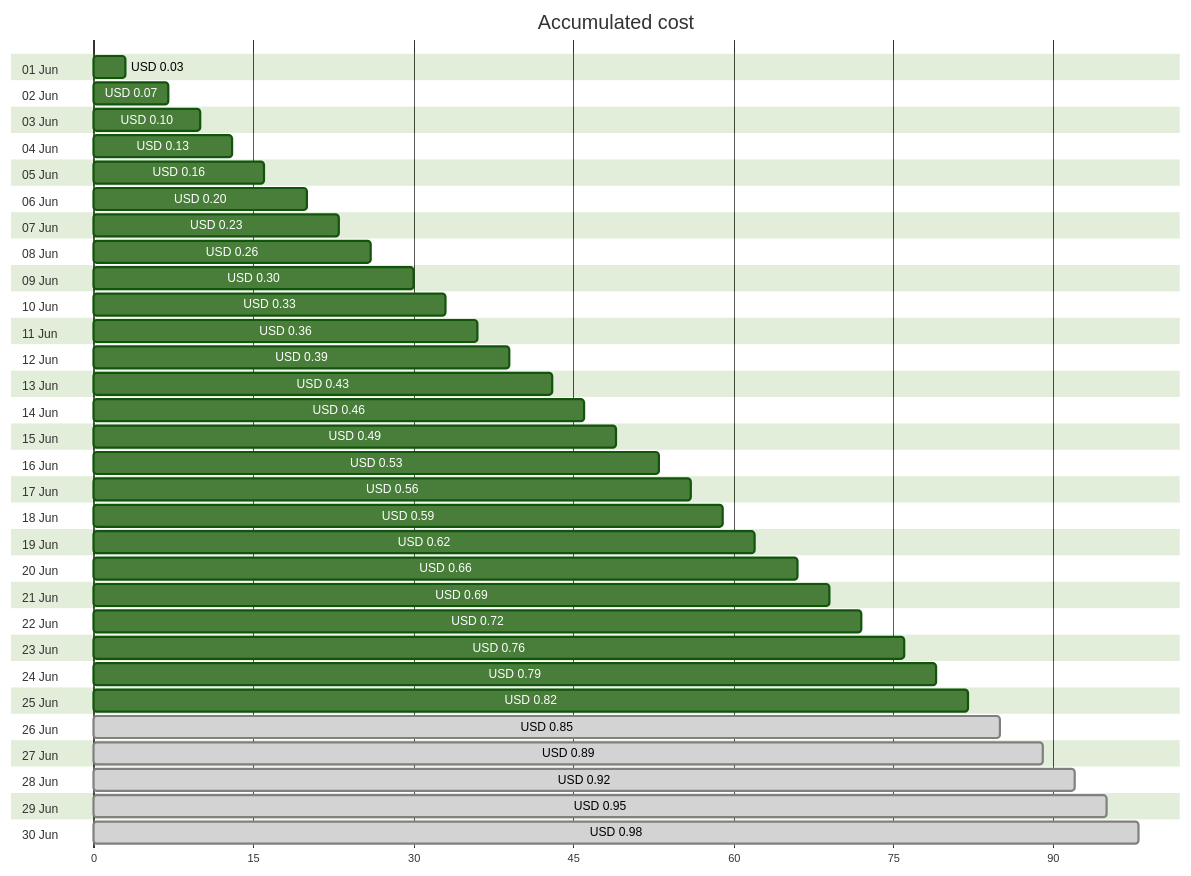
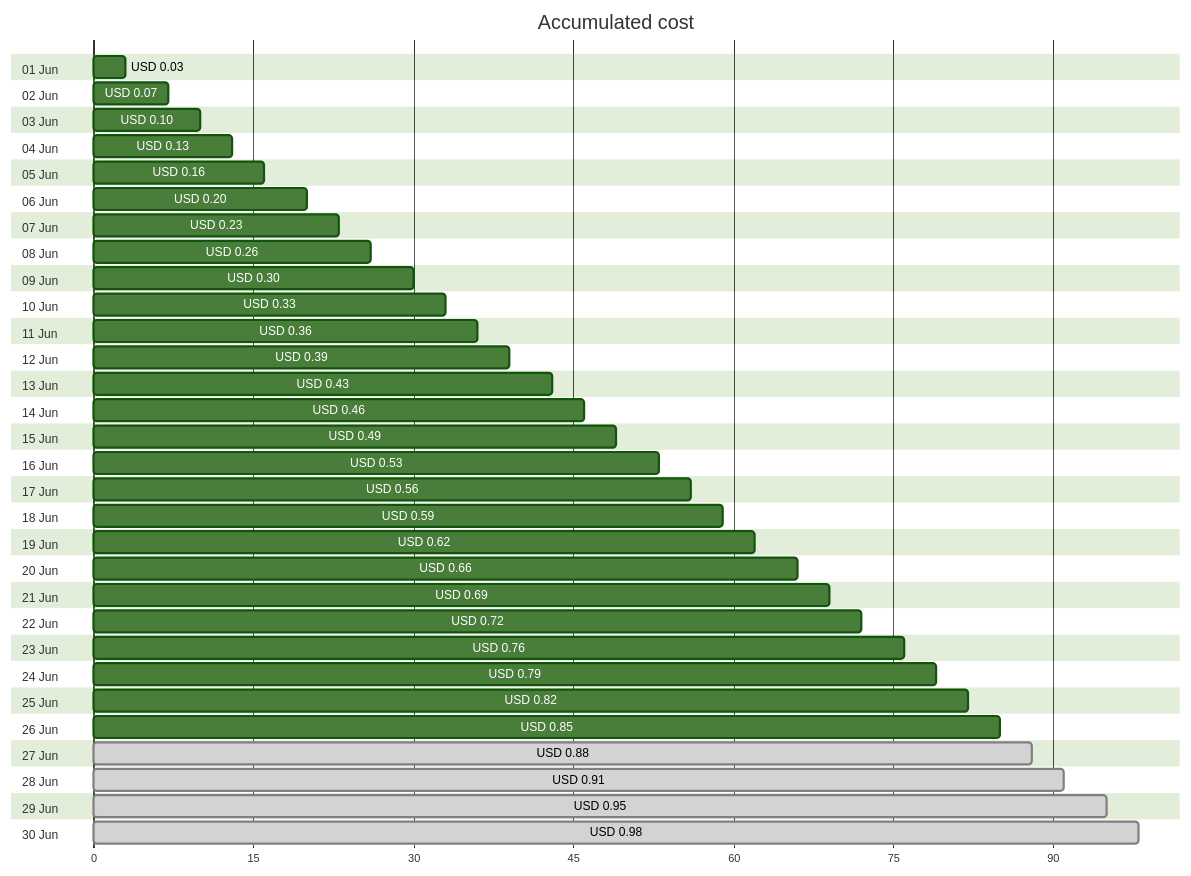
The first of 4 diagrams in cost-reports/personal-dns/README.md (jpfulton/azure-personal-reports), drawn with Mermaid (forest theme) before and after one commit. The commit also changed other lines of this file and 2 other files, not shown here.

````diff
--- a/cost-reports/personal-dns/README.md
+++ b/cost-reports/personal-dns/README.md
@@ -20,66 +20,66 @@
 ```mermaid
 gantt
    title Accumulated cost
    dateFormat  X
    axisFormat %s
    section 01 Jun
    USD 0.03 :0, 3
    section 02 Jun
    USD 0.07 :0, 7
    section 03 Jun
    USD 0.10 :0, 10
    section 04 Jun
    USD 0.13 :0, 13
    section 05 Jun
    USD 0.16 :0, 16
    section 06 Jun
    USD 0.20 :0, 20
    section 07 Jun
    USD 0.23 :0, 23
    section 08 Jun
    USD 0.26 :0, 26
    section 09 Jun
    USD 0.30 :0, 30
    section 10 Jun
    USD 0.33 :0, 33
    section 11 Jun
    USD 0.36 :0, 36
    section 12 Jun
    USD 0.39 :0, 39
    section 13 Jun
    USD 0.43 :0, 43
    section 14 Jun
    USD 0.46 :0, 46
    section 15 Jun
    USD 0.49 :0, 49
    section 16 Jun
    USD 0.53 :0, 53
    section 17 Jun
    USD 0.56 :0, 56
    section 18 Jun
    USD 0.59 :0, 59
    section 19 Jun
    USD 0.62 :0, 62
    section 20 Jun
    USD 0.66 :0, 66
    section 21 Jun
    USD 0.69 :0, 69
    section 22 Jun
    USD 0.72 :0, 72
    section 23 Jun
    USD 0.76 :0, 76
    section 24 Jun
    USD 0.79 :0, 79
    section 25 Jun
    USD 0.82 :0, 82
    section 26 Jun
-   USD 0.85 : done, 0, 85
+   USD 0.85 :0, 85
    section 27 Jun
-   USD 0.89 : done, 0, 89
+   USD 0.88 : done, 0, 88
    section 28 Jun
-   USD 0.92 : done, 0, 92
+   USD 0.91 : done, 0, 91
    section 29 Jun
    USD 0.95 : done, 0, 95
    section 30 Jun
    USD 0.98 : done, 0, 98
 ```
````
